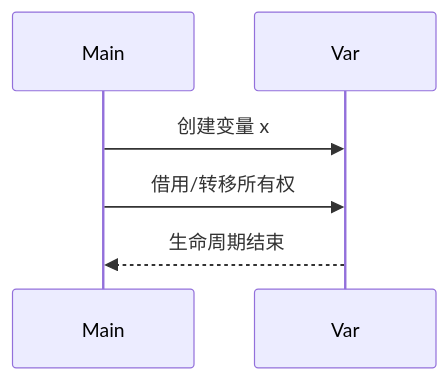
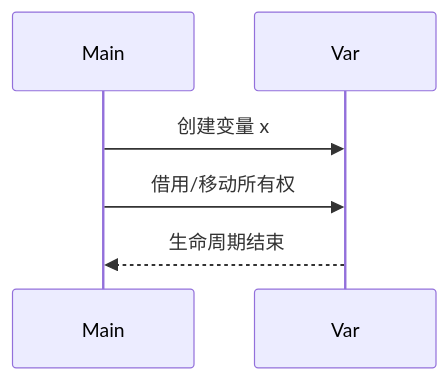
Before and after one commit to martin-ly/rust-lang: the fourth of 5 diagrams in formal_rust/refactor/01_core_theory/01_variable_system/09_learning_path_and_interactive.md, drawn with Mermaid. The commit also changed other lines of this file and 5740 other files, not shown here.

````diff
--- a/formal_rust/refactor/01_core_theory/01_variable_system/09_learning_path_and_interactive.md
+++ b/formal_rust/refactor/01_core_theory/01_variable_system/09_learning_path_and_interactive.md
@@ -191,8 +191,8 @@
     ```mermaid
     sequenceDiagram
       participant Main
       participant Var
       Main->>Var: 创建变量 x
-      Main->>Var: 借用/转移所有权
+      Main->>Var: 借用/移动所有权
       Var-->>Main: 生命周期结束
     ```
````
